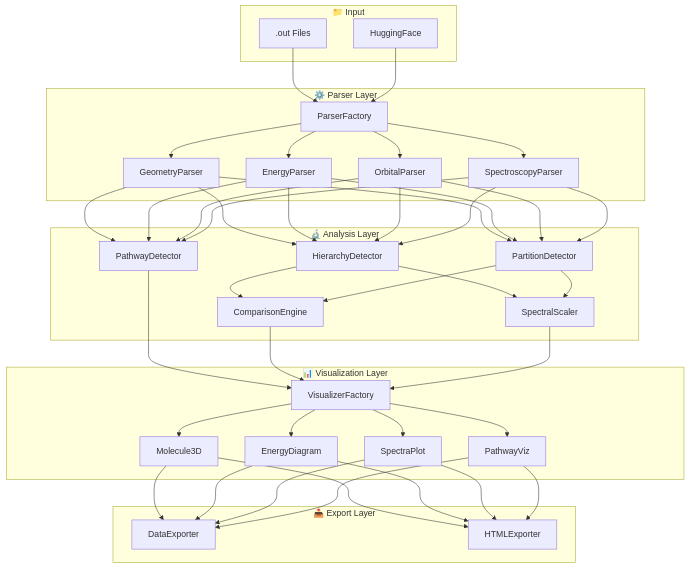
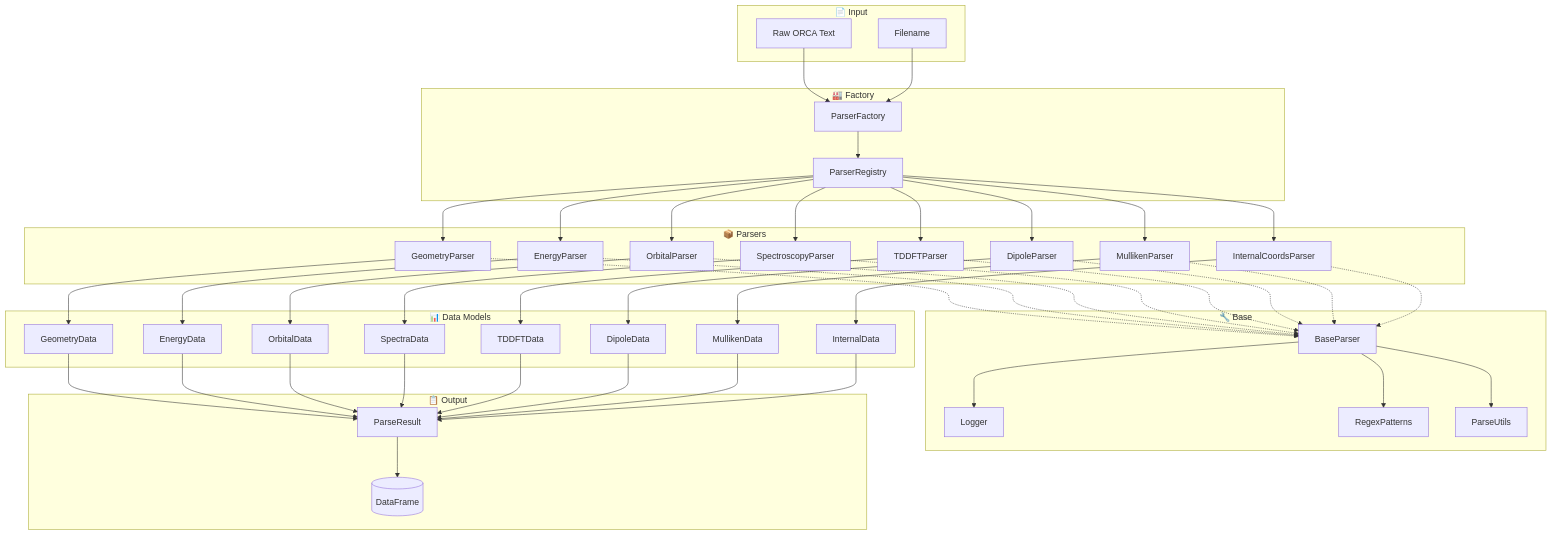
One commit to jauharmz/Orca_Files changed the second of 7 diagrams in README.md. Above: the diagram before and after it, drawn with Mermaid. The commit also changed other lines of this file and 4 other files, not shown here.

Commit message:
feat: add `requirements.txt` and enhance `README.md` with logging, detailed feature descriptions, and comprehensive architectural diagrams.

````diff
--- a/README.md
+++ b/README.md
@@ -27,44 +161,64 @@
 ```mermaid
 graph TB
-    subgraph "📁 Input"
-        F1[.out Files]
-        F2[HuggingFace]
+    subgraph "📄 Input"
+        TXT[Raw ORCA Text]
+        FN[Filename]
     end
     
-    subgraph "⚙️ Parser Layer"
+    subgraph "🏭 Factory"
         PF[ParserFactory]
+        PR[ParserRegistry]
+    end
+    
+    subgraph "🔧 Base"
+        BP[BaseParser]
+        LOG[Logger]
+        RX[RegexPatterns]
+        UT[ParseUtils]
+    end
+    
+    subgraph "📦 Parsers"
         GP[GeometryParser]
         EP[EnergyParser]
         OP[OrbitalParser]
-        SP[SpectroscopyParser]
+        SCP[SpectroscopyParser]
+        TP[TDDFTParser]
+        DP[DipoleParser]
+        MP[MullikenParser]
+        ICP[InternalCoordsParser]
     end
     
-    subgraph "🔬 Analysis Layer"
-        HD[HierarchyDetector]
-        PRT[PartitionDetector]
-        PD[PathwayDetector]
-        CE[ComparisonEngine]
-        SS[SpectralScaler]
+    subgraph "📊 Data Models"
+        GMD[GeometryData]
+        EMD[EnergyData]
+        OMD[OrbitalData]
+        SMD[SpectraData]
+        TMD[TDDFTData]
+        DMD[DipoleData]
+        MMD[MullikenData]
+        IMD[InternalData]
     end
     
-    subgraph "📊 Visualization Layer"
-        VF[VisualizerFactory]
-        M3D[Molecule3D]
-        EDV[EnergyDiagram]
-        SPV[SpectraPlot]
-        PWV[PathwayViz]
+    subgraph "📋 Output"
+        RES[ParseResult]
+        DF[(DataFrame)]
     end
     
-    subgraph "📤 Export Layer"
-        DE[DataExporter]
-        HE[HTMLExporter]
-    end
+    TXT & FN --> PF
+    PF --> PR
+    PR --> GP & EP & OP & SCP & TP & DP & MP & ICP
     
-    F1 & F2 --> PF
-    PF --> GP & EP & OP & SP
-    GP & EP & OP & SP --> HD & PRT & PD
-    HD & PRT --> CE & SS
-    PD & CE & SS --> VF
-    VF --> M3D & EDV & SPV & PWV
-    M3D & EDV & SPV & PWV --> DE & HE
+    GP & EP & OP & SCP & TP & DP & MP & ICP -.-> BP
+    BP --> LOG & RX & UT
+    
+    GP --> GMD
+    EP --> EMD
+    OP --> OMD
+    SCP --> SMD
+    TP --> TMD
+    DP --> DMD
+    MP --> MMD
+    ICP --> IMD
+    
+    GMD & EMD & OMD & SMD & TMD & DMD & MMD & IMD --> RES --> DF
 ```
````
